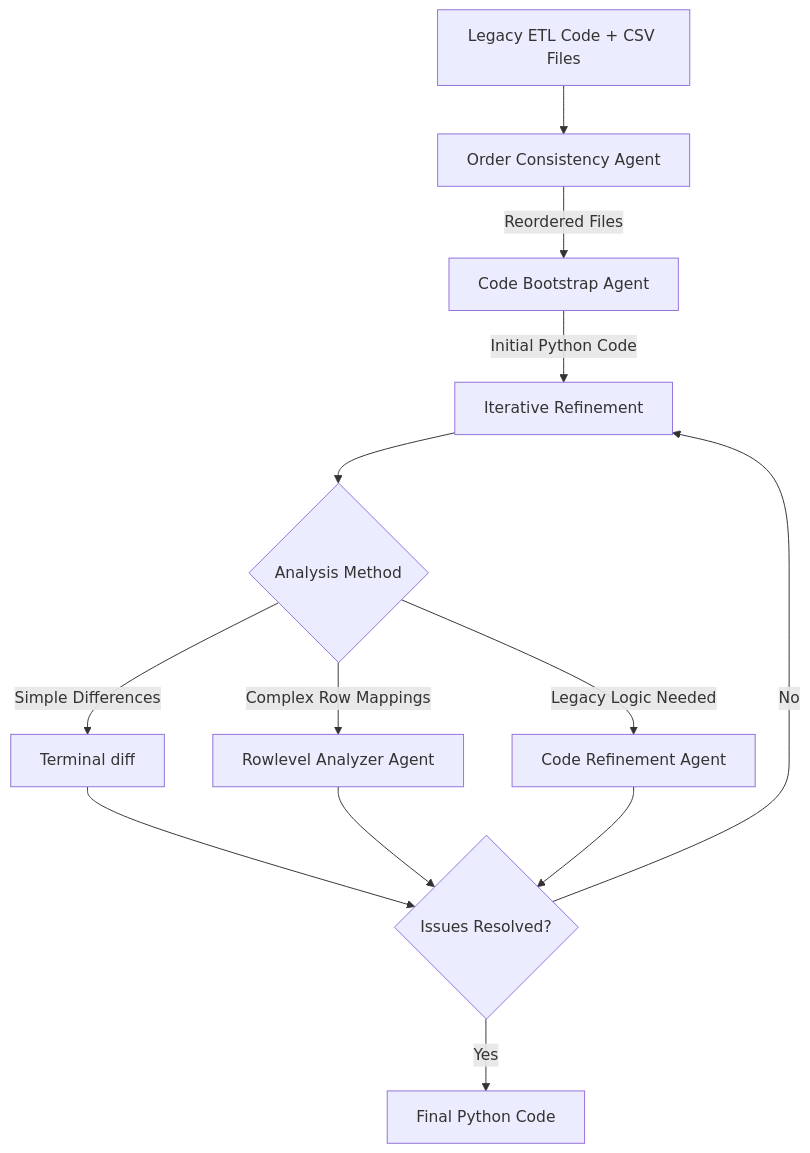
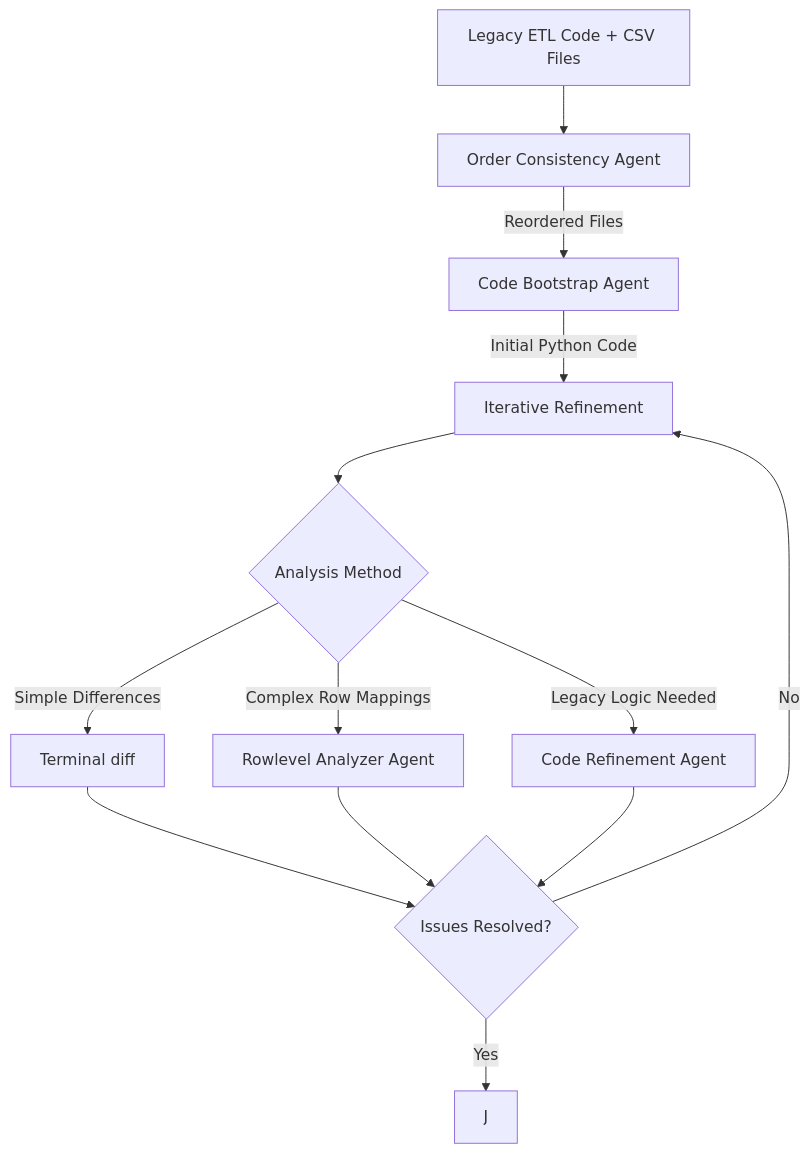
Before and after one commit to aymenfurter/etl-migration-agent: the diagram in README.md, drawn with Mermaid.

Commit message:
feat: add workflow

````diff
--- a/README.md
+++ b/README.md
@@ -38,13 +38,13 @@
 ```mermaid
 graph TD
     A[Legacy ETL Code + CSV Files] --> B[Order Consistency Agent]
     B -->|Reordered Files| C[Code Bootstrap Agent]
     C -->|Initial Python Code| D[Iterative Refinement]
     D --> E{Analysis Method}
     E -->|Simple Differences| F[Terminal diff]
     E -->|Complex Row Mappings| G[Rowlevel Analyzer Agent]
     E -->|Legacy Logic Needed| H[Code Refinement Agent]
     F & G & H --> I{Issues Resolved?}
     I -->|No| D
-    I -->|Yes| J[Final Python Code]
+    I -->|Yes| J
 ```
````
